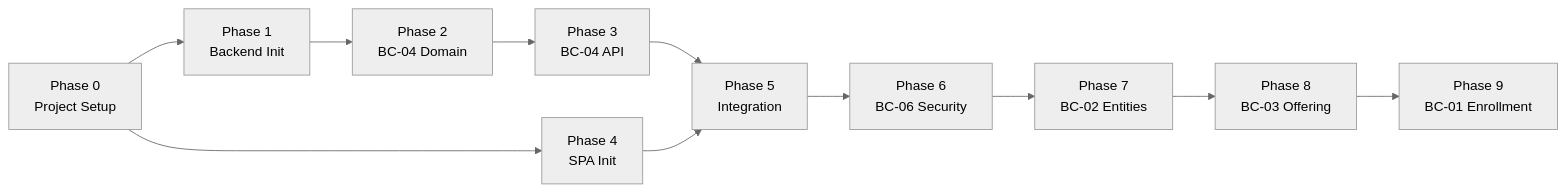
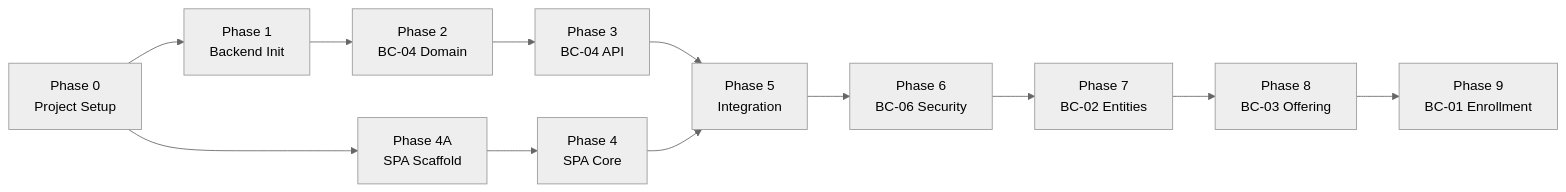
The first of 2 diagrams in implementations/implementationPlan.md (SAPCyTI-UAM-I/Docs), drawn with Mermaid (neutral theme) before and after one commit. The commit also changed other lines of this file and 2 other files, not shown here.

Commit message:
docs: se refina phase4 y se crea phase4a

````diff
--- a/implementations/implementationPlan.md
+++ b/implementations/implementationPlan.md
@@ -50,13 +53,14 @@
 ```mermaid
 graph LR
     P0["Phase 0<br/>Project Setup"] --> P1["Phase 1<br/>Backend Init"]
-    P0 --> P4["Phase 4<br/>SPA Init"]
+    P0 --> P4A["Phase 4A<br/>SPA Scaffold"]
     P1 --> P2["Phase 2<br/>BC-04 Domain"]
     P2 --> P3["Phase 3<br/>BC-04 API"]
+    P4A --> P4["Phase 4<br/>SPA Core"]
     P3 --> P5["Phase 5<br/>Integration"]
     P4 --> P5
     P5 --> P6["Phase 6<br/>BC-06 Security"]
     P6 --> P7["Phase 7<br/>BC-02 Entities"]
     P7 --> P8["Phase 8<br/>BC-03 Offering"]
     P8 --> P9["Phase 9<br/>BC-01 Enrollment"]
 ```
````
